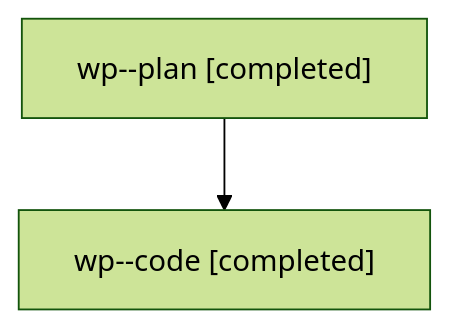
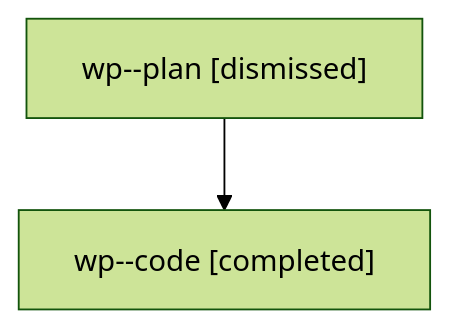
The diagram in families/bbugyi200.athena.wp.md (sase-org/sase--agents), drawn with Mermaid (forest theme) before and after one commit. The commit also changed other lines of this file and 2170 other files, not shown here.

````diff
--- a/families/bbugyi200.athena.wp.md
+++ b/families/bbugyi200.athena.wp.md
@@ -9,6 +9,6 @@
 ```mermaid
 flowchart TD
-  n0["wp--plan [completed]"]
+  n0["wp--plan [dismissed]"]
   n1["wp--code [completed]"]
   n0 --> n1
 ```
````
